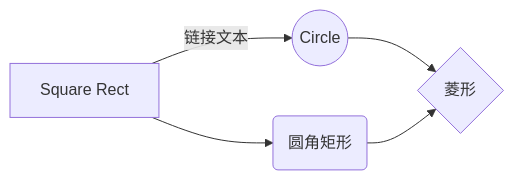
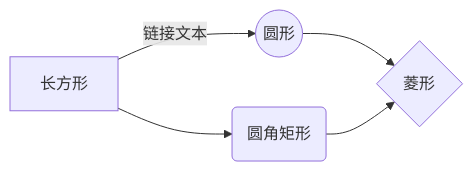
One commit to mafgwo/stackedit-plus changed the second of 2 diagrams in src/data/welcomeFile.md. Above: the diagram before and after it, drawn with Mermaid. The commit also changed other lines of this file and 2 other files, not shown here.

````diff
--- a/src/data/welcomeFile.md
+++ b/src/data/welcomeFile.md
@@ -161,7 +161,7 @@
 ```mermaid
 graph LR
-A[Square Rect] -- 链接文本 --> B((Circle))
+A[长方形] -- 链接文本 --> B((圆形))
 A --> C(圆角矩形)
 B --> D{菱形}
 C --> D
 ```
````
